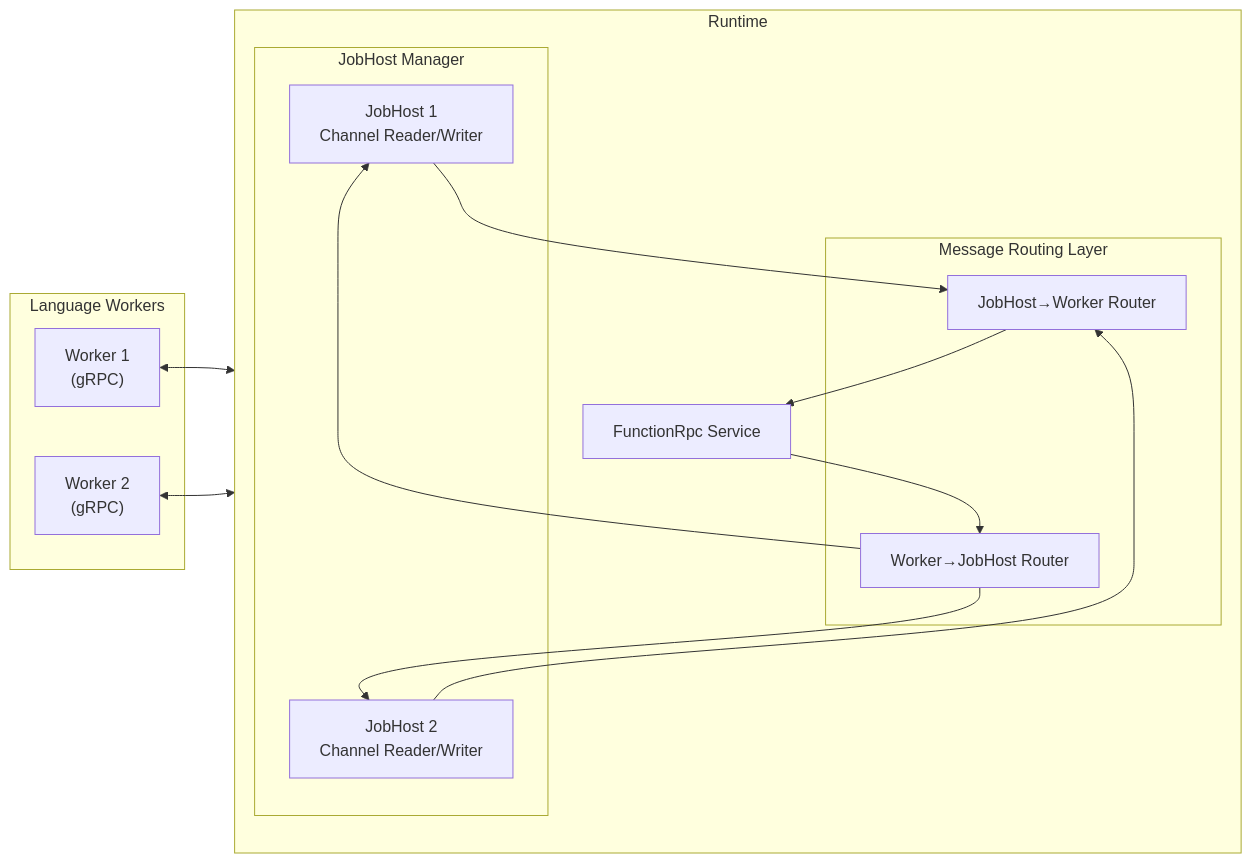
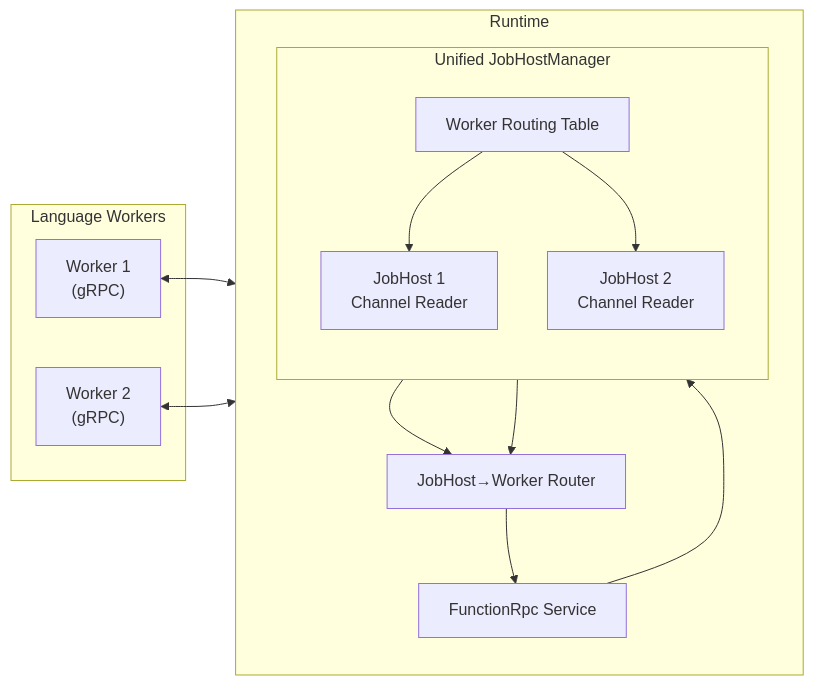
The third of 5 diagrams in design/RUNTIME_DESIGN.md (fabiocav/OutOfProcModel), drawn with Mermaid before and after one commit. The commit also changed other lines of this file and 1 other file, not shown here.

````diff
--- a/design/RUNTIME_DESIGN.md
+++ b/design/RUNTIME_DESIGN.md
@@ -189,34 +189,33 @@
 ```mermaid
 flowchart LR
     subgraph Workers["Language Workers"]
         Worker1["Worker 1<br/>(gRPC)"]
         Worker2["Worker 2<br/>(gRPC)"]
     end
     
     subgraph Runtime["Runtime"]
         direction TB
         
         FunctionRpc["FunctionRpc Service"]
         
-        subgraph MessageRouting["Message Routing Layer"]
-            WorkerToJobHostRouter["Worker→JobHost Router"]
-            JobHostToWorkerRouter["JobHost→Worker Router"]
+        subgraph JobHostMgr["Unified JobHostManager"]
+            direction TB
+            Routing["Worker Routing Table"]
+            JobHost1["JobHost 1<br/>Channel Reader"]
+            JobHost2["JobHost 2<br/>Channel Reader"]
+            Routing --> JobHost1
+            Routing --> JobHost2
         end
         
-        subgraph JobHosts["JobHost Manager"]
-            JobHost1["JobHost 1<br/>Channel Reader/Writer"]
-            JobHost2["JobHost 2<br/>Channel Reader/Writer"]
-        end
+        JobHostToWorkerRouter["JobHost→Worker Router"]
         
-        FunctionRpc --> WorkerToJobHostRouter
-        WorkerToJobHostRouter --> JobHost1
-        WorkerToJobHostRouter --> JobHost2
+        FunctionRpc --> Routing
         
         JobHost1 --> JobHostToWorkerRouter
         JobHost2 --> JobHostToWorkerRouter
         JobHostToWorkerRouter --> FunctionRpc
     end
     
     Worker1 <--> FunctionRpc
     Worker2 <--> FunctionRpc
 ```
````
